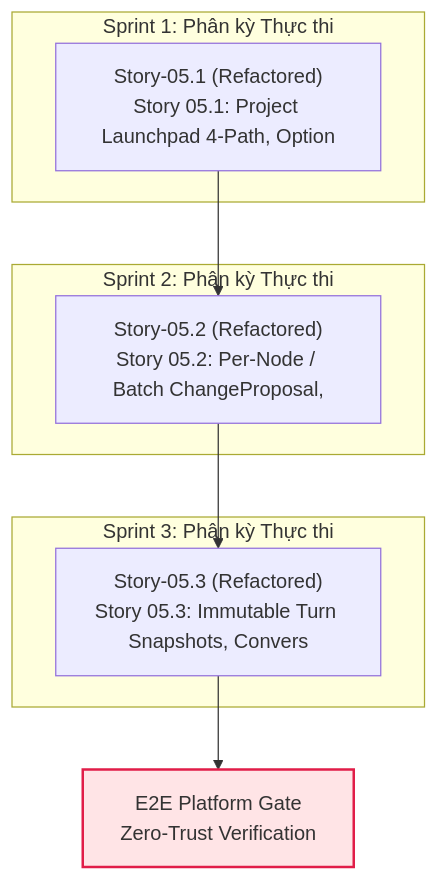
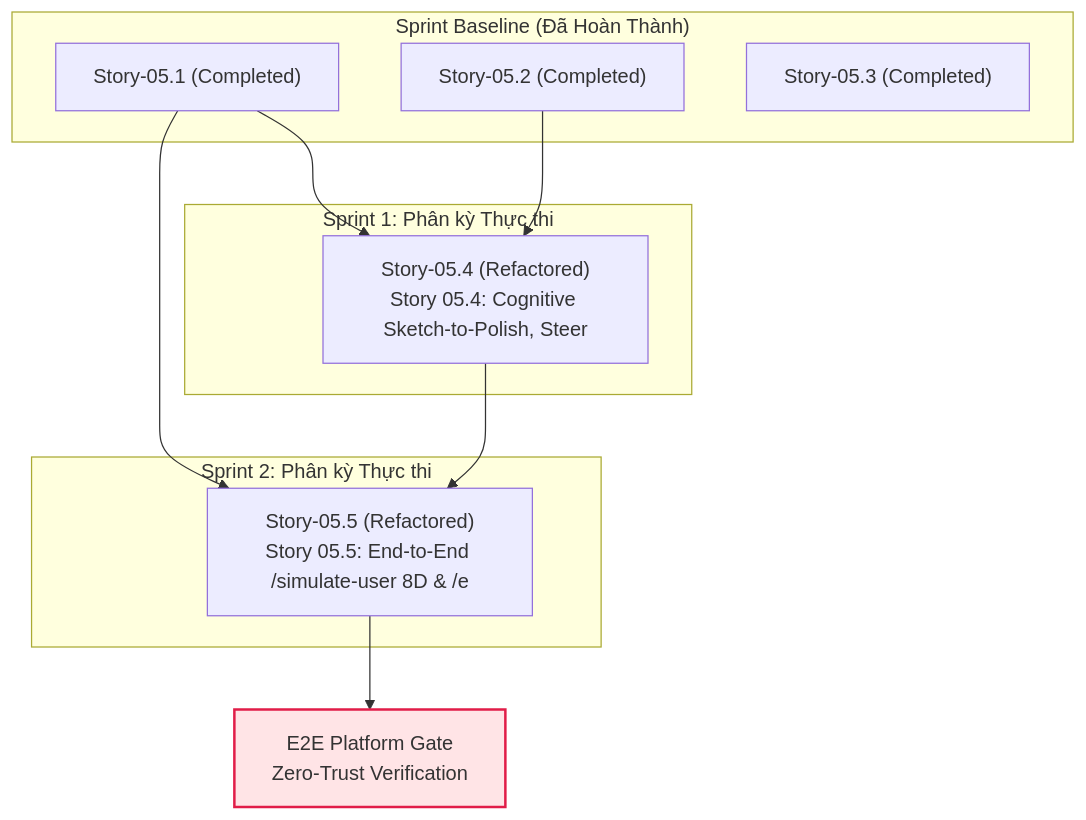
The diagram in _iwish-output/3. Development/1. Epic & Story/VS-02. Flow-First Executable Design Workbench & SDI Engine/Epic-05/epic.md (Nam123321/cowok-design), drawn with Mermaid before and after one commit. The commit also changed other lines of this file and 341 other files, not shown here.

````diff
--- a/_iwish-output/3. Development/1. Epic & Story/VS-02. Flow-First Executable Design Workbench & SDI Engine/Epic-05/epic.md
+++ b/_iwish-output/3. Development/1. Epic & Story/VS-02. Flow-First Executable Design Workbench & SDI Engine/Epic-05/epic.md
@@ -118,25 +124,29 @@
 ```mermaid
 flowchart TD
+    subgraph S0["Sprint Baseline (Đã Hoàn Thành)"]
+        Story_05_1["Story-05.1 (Completed)"]
+        Story_05_2["Story-05.2 (Completed)"]
+        Story_05_3["Story-05.3 (Completed)"]
+    end
+
     subgraph S1["Sprint 1: Phân kỳ Thực thi"]
-        Story_05_1["Story-05.1 (Refactored)<br>Story 05.1: Project Launchpad 4-Path, Option "]
+        Story_05_4["Story-05.4 (Refactored)<br>Story 05.4: Cognitive Sketch-to-Polish, Steer"]
     end
 
     subgraph S2["Sprint 2: Phân kỳ Thực thi"]
-        Story_05_2["Story-05.2 (Refactored)<br>Story 05.2: Per-Node / Batch ChangeProposal, "]
-    end
-
-    subgraph S3["Sprint 3: Phân kỳ Thực thi"]
-        Story_05_3["Story-05.3 (Refactored)<br>Story 05.3: Immutable Turn Snapshots, Convers"]
+        Story_05_5["Story-05.5 (Refactored)<br>Story 05.5: End-to-End /simulate-user 8D & /e"]
     end
 
     E2E_GATE["E2E Platform Gate<br>Zero-Trust Verification"]
-    Story_05_1 --> Story_05_2
-    Story_05_2 --> Story_05_3
-    Story_05_3 --> E2E_GATE
+    Story_05_1 --> Story_05_4
+    Story_05_2 --> Story_05_4
+    Story_05_1 --> Story_05_5
+    Story_05_4 --> Story_05_5
+    Story_05_5 --> E2E_GATE
 
     classDef completed fill:#dcfce7,stroke:#16a34a,stroke-width:2px;
     classDef refactored fill:#fef3c7,stroke:#d97706,stroke-width:2px;
     classDef backlog fill:#f1f5f9,stroke:#64748b,stroke-width:2px;
     classDef gate fill:#ffe4e6,stroke:#e11d48,stroke-width:2px;
     class E2E_GATE gate;
 ```
````
